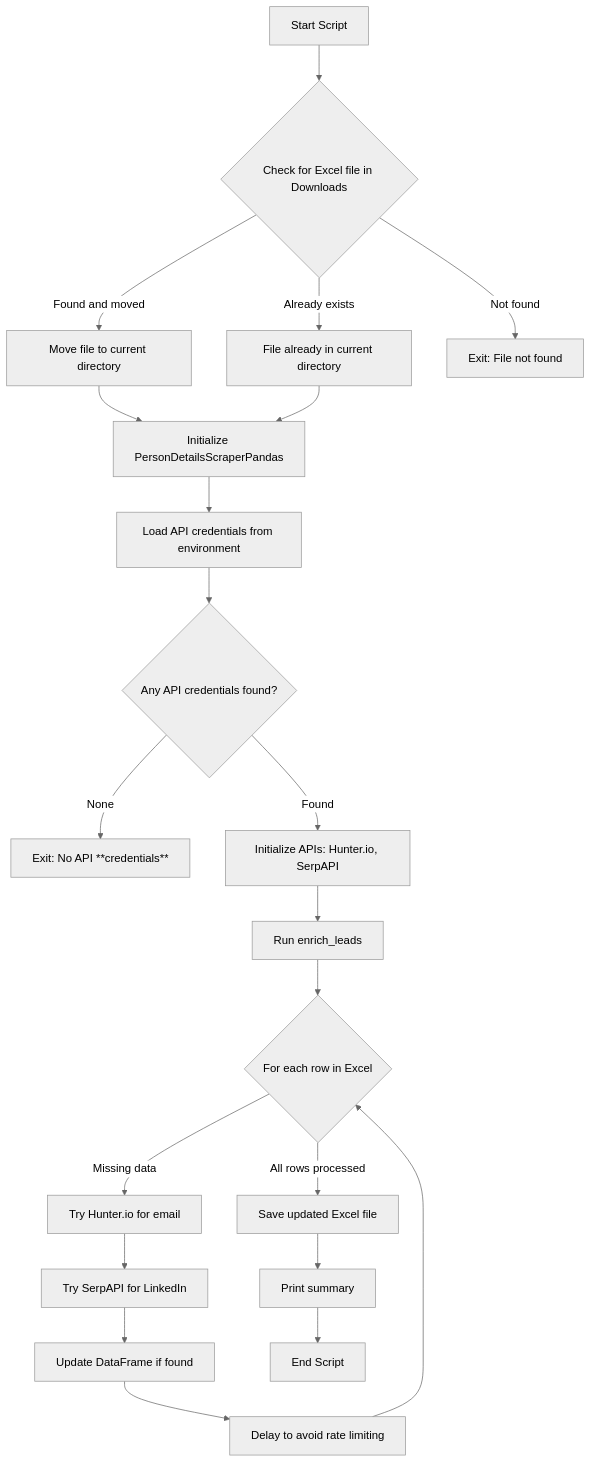
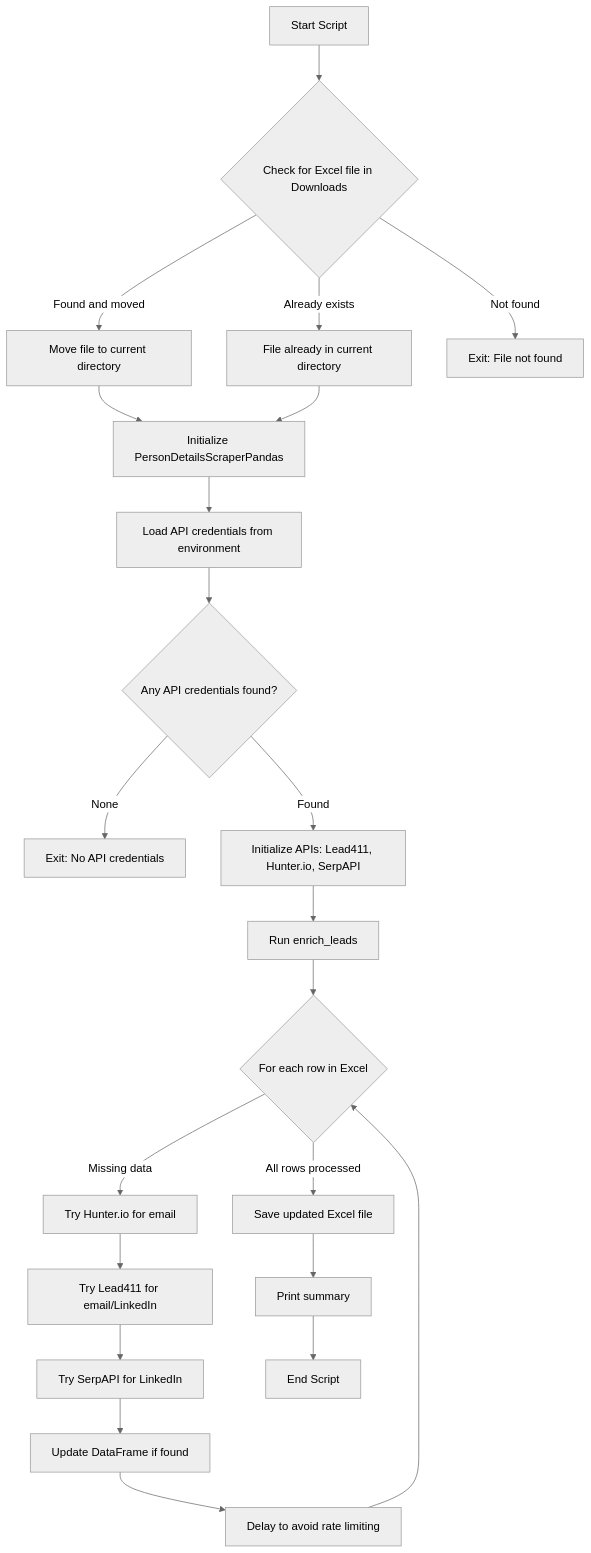
Before and after one commit to jericho1050/script: the diagram in diagram.md, drawn with Mermaid (neutral theme). The commit also changed 5 other files, not shown here.

Commit message:
Add README.md for Lead Enrichment Automation project with detailed features, usage instructions, and visual diagrams

````diff
--- a/diagram.md
+++ b/diagram.md
@@ -1,31 +1,32 @@
 ```mermaid
 flowchart TD
     A[Start Script] --> B{Check for Excel file in Downloads}
     B -- Found and moved --> C[Move file to current directory]
     B -- Already exists --> D[File already in current directory]
     B -- Not found --> E[Exit: File not found]
     C --> F[Initialize PersonDetailsScraperPandas]
     D --> F
     F --> G[Load API credentials from environment]
     G --> H{Any API credentials found?}
-    H -- None --> I[Exit: No API **credentials**]
-    H -- Found --> J[Initialize APIs: Hunter.io, SerpAPI]
+    H -- None --> I[Exit: No API credentials]
+    H -- Found --> J[Initialize APIs: Lead411, Hunter.io, SerpAPI]
     J --> K[Run enrich_leads]
     K --> L{For each row in Excel}
     L -- Missing data --> M[Try Hunter.io for email]
-    M --> N[Try SerpAPI for LinkedIn]
-    N --> O[Update DataFrame if found]
-    O --> P[Delay to avoid rate limiting]
-    P --> L
-    L -- All rows processed --> Q[Save updated Excel file]
-    Q --> R[Print summary]
-    R --> S[End Script]
+    M --> N[Try Lead411 for email/LinkedIn]
+    N --> O[Try SerpAPI for LinkedIn]
+    O --> P[Update DataFrame if found]
+    P --> Q[Delay to avoid rate limiting]
+    Q --> L
+    L -- All rows processed --> R[Save updated Excel file]
+    R --> S[Print summary]
+    S --> T[End Script]
 
     click A call linkCallback("/Users/jerichowenzel/Desktop/python_assessment_va/main.py#L1")
     click B call linkCallback("/Users/jerichowenzel/Desktop/python_assessment_va/main.py#L40")
-    click C call linkCallback("/Users/**jerichowenzel**/Desktop/python_assessment_va/main.py#L41")
+    click C call linkCallback("/Users/jerichowenzel/Desktop/python_assessment_va/main.py#L41")
     click D call linkCallback("/Users/jerichowenzel/Desktop/python_assessment_va/main.py#L43")
     click E call linkCallback("/Users/jerichowenzel/Desktop/python_assessment_va/main.py#L45")
     click F call linkCallback("/Users/jerichowenzel/Desktop/python_assessment_va/main.py#L533")
     click K call linkCallback("/Users/jerichowenzel/Desktop/python_assessment_va/main.py#L562")
 ```
````
